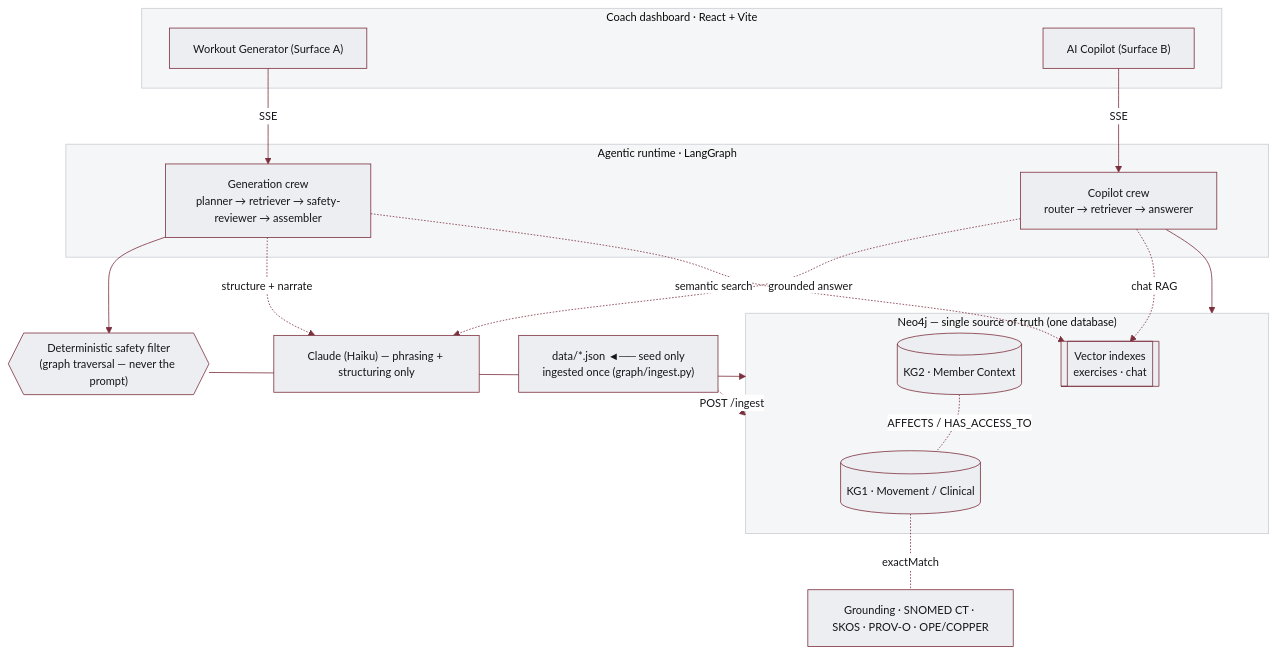
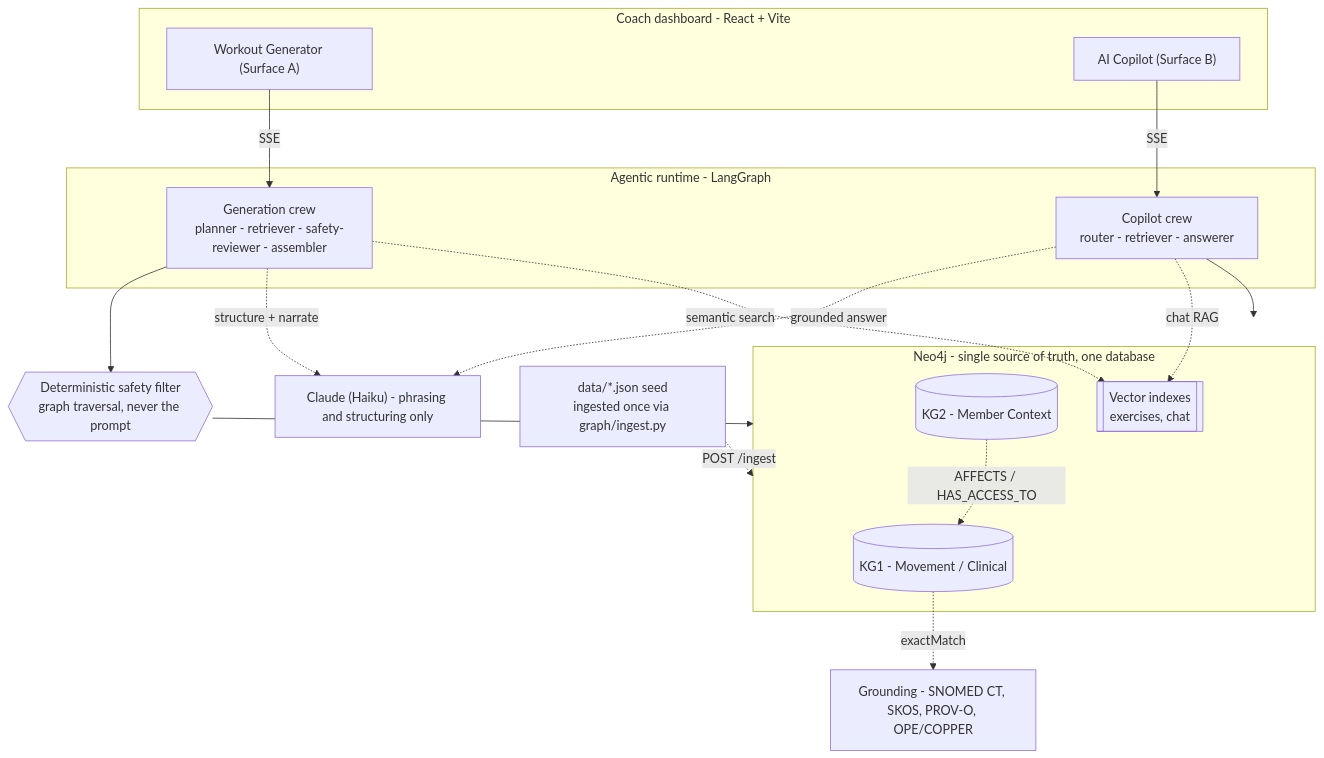
One commit to trossitter/future-coach-dashboard changed the diagram in README.md. Above: the diagram before and after it, drawn with Mermaid.

Commit message:
docs(readme): fix architecture diagram rendering
The multi-line %%{init}%% theme directive broke GitHub's mermaid parser,
so the whole diagram failed to render. Drop the custom theme (default
renders fine) and simplify exotic glyphs — prioritize the graph being
visible.

````diff
--- a/README.md
+++ b/README.md
@@ -16,41 +16,35 @@
 ```mermaid
-%%{init: {'theme':'base','themeVariables':{
-  'primaryColor':'#edeef1','primaryTextColor':'#16161a',
-  'primaryBorderColor':'#7c2f3d','lineColor':'#7c2f3d',
-  'secondaryColor':'#e7e9ec','tertiaryColor':'#f5f6f8',
-  'clusterBkg':'#f5f6f8','clusterBorder':'#c9ccd2',
-  'edgeLabelBackground':'#ffffff','fontSize':'14px'}}}%%
 flowchart TB
-  subgraph UI["Coach dashboard · React + Vite"]
+  subgraph UI["Coach dashboard - React + Vite"]
     A["Workout Generator (Surface A)"]
     B["AI Copilot (Surface B)"]
   end
 
-  subgraph RT["Agentic runtime · LangGraph"]
-    G["Generation crew<br/>planner → retriever → safety-reviewer → assembler"]
-    C["Copilot crew<br/>router → retriever → answerer"]
+  subgraph RT["Agentic runtime - LangGraph"]
+    G["Generation crew<br/>planner - retriever - safety-reviewer - assembler"]
+    C["Copilot crew<br/>router - retriever - answerer"]
   end
 
-  SAFE{{"Deterministic safety filter<br/>(graph traversal — never the prompt)"}}
+  SAFE{{"Deterministic safety filter<br/>graph traversal, never the prompt"}}
 
-  subgraph KG["Neo4j — single source of truth (one database)"]
-    K1[("KG1 · Movement / Clinical")]
-    K2[("KG2 · Member Context")]
-    VEC[["Vector indexes<br/>exercises · chat"]]
+  subgraph KG["Neo4j - single source of truth, one database"]
+    K1[("KG1 - Movement / Clinical")]
+    K2[("KG2 - Member Context")]
+    VEC[["Vector indexes<br/>exercises, chat"]]
   end
 
-  SEED["data/*.json ◄── seed only<br/>ingested once (graph/ingest.py)"]
+  SEED["data/*.json seed<br/>ingested once via graph/ingest.py"]
   SEED -.->|"POST /ingest"| KG
 
-  LLM["Claude (Haiku) — phrasing + structuring only"]
-  GR["Grounding · SNOMED CT · SKOS · PROV-O · OPE/COPPER"]
+  LLM["Claude (Haiku) - phrasing and structuring only"]
+  GR["Grounding - SNOMED CT, SKOS, PROV-O, OPE/COPPER"]
 
   A -->|SSE| G --> SAFE --> KG
   B -->|SSE| C --> KG
-  G -. structure + narrate .-> LLM
-  C -. grounded answer .-> LLM
-  G -. semantic search .-> VEC
-  C -. chat RAG .-> VEC
-  K1 -. exactMatch .- GR
-  K2 -. AFFECTS / HAS_ACCESS_TO .- K1
+  G -.->|"structure + narrate"| LLM
+  C -.->|"grounded answer"| LLM
+  G -.->|"semantic search"| VEC
+  C -.->|"chat RAG"| VEC
+  K1 -.->|exactMatch| GR
+  K2 -.->|"AFFECTS / HAS_ACCESS_TO"| K1
 ```
````
